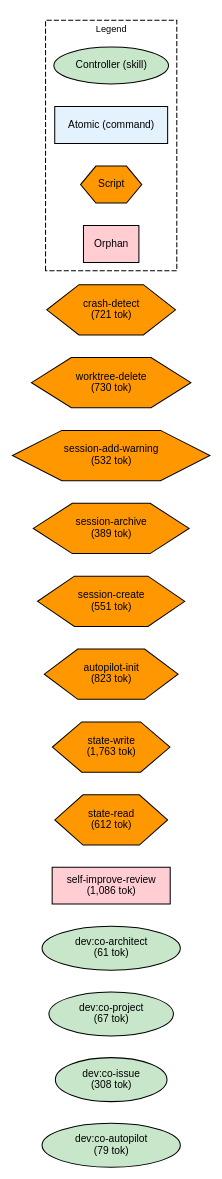
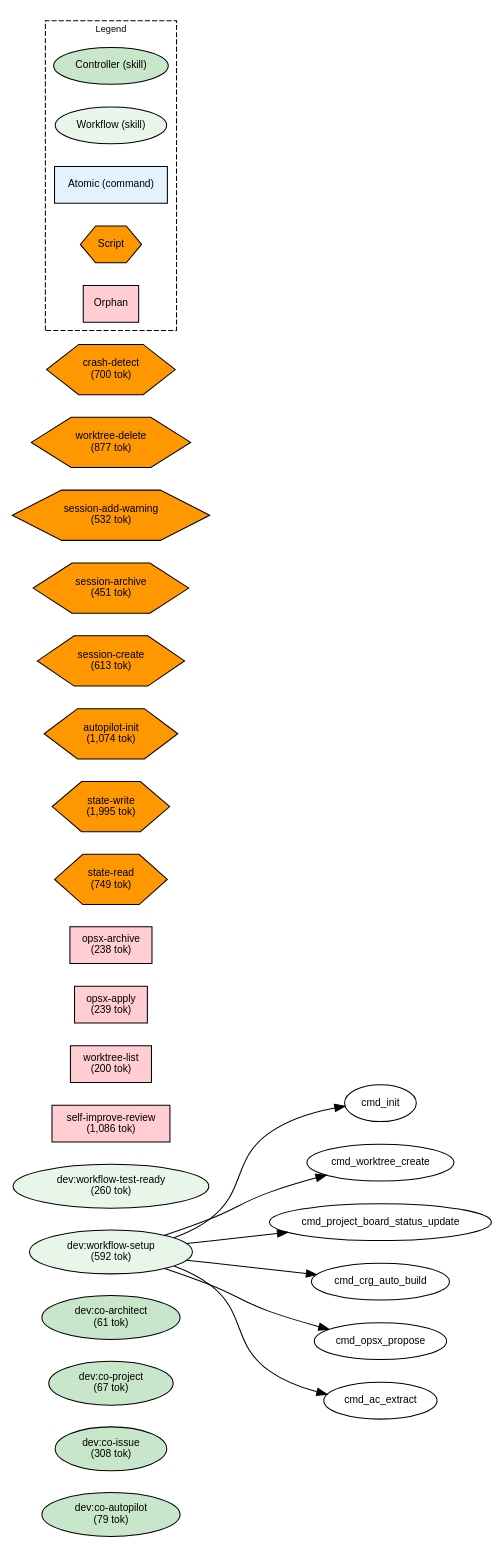
One commit to shuu5/twill changed the diagram in plugins/dev/docs/deps.dot. Above: the diagram before and after it, drawn with Graphviz. The commit also changed 30 other files, not shown here.

First line of the commit message:
feat: B-4 workflow-setup chain-driven再構築 (#26)

```diff
--- a/plugins/dev/docs/deps.dot
+++ b/plugins/dev/docs/deps.dot
@@ -1,58 +1,71 @@
 digraph Dependencies {
     // Graph settings
     rankdir=LR;
     ranksep=0.8;
     nodesep=0.3;
     fontname="Helvetica";
     node [fontname="Helvetica", fontsize=10];
     edge [fontname="Helvetica", fontsize=9];
 
     // L0: Controller Skills
     skill_co_autopilot [label="dev:co-autopilot\n(79 tok)", shape=ellipse, style=filled, fillcolor="#c8e6c9"];
     skill_co_issue [label="dev:co-issue\n(308 tok)", shape=ellipse, style=filled, fillcolor="#c8e6c9"];
     skill_co_project [label="dev:co-project\n(67 tok)", shape=ellipse, style=filled, fillcolor="#c8e6c9"];
     skill_co_architect [label="dev:co-architect\n(61 tok)", shape=ellipse, style=filled, fillcolor="#c8e6c9"];
 
     // L0: Launchers
 
     // L0.5: Workflow Skills
+    skill_workflow_setup [label="dev:workflow-setup\n(592 tok)", shape=ellipse, style=filled, fillcolor="#e8f5e9"];
+    skill_workflow_test_ready [label="dev:workflow-test-ready\n(260 tok)", shape=ellipse, style=filled, fillcolor="#e8f5e9"];
 
     // Reference Skills
 
     // L1: Direct Commands
 
     // L2: Sub Commands
     cmd_self_improve_review [label="self-improve-review\n(1,086 tok)", shape=box, style=filled, fillcolor="#ffcdd2"];
+    cmd_worktree_list [label="worktree-list\n(200 tok)", shape=box, style=filled, fillcolor="#ffcdd2"];
+    cmd_opsx_apply [label="opsx-apply\n(239 tok)", shape=box, style=filled, fillcolor="#ffcdd2"];
+    cmd_opsx_archive [label="opsx-archive\n(238 tok)", shape=box, style=filled, fillcolor="#ffcdd2"];
 
     // L3: Agents
 
     // L3.5: Scripts
-    script_state_read [label="state-read\n(612 tok)", shape=hexagon, style=filled, fillcolor="#FF9800"];
-    script_state_write [label="state-write\n(1,763 tok)", shape=hexagon, style=filled, fillcolor="#FF9800"];
-    script_autopilot_init [label="autopilot-init\n(823 tok)", shape=hexagon, style=filled, fillcolor="#FF9800"];
-    script_session_create [label="session-create\n(551 tok)", shape=hexagon, style=filled, fillcolor="#FF9800"];
-    script_session_archive [label="session-archive\n(389 tok)", shape=hexagon, style=filled, fillcolor="#FF9800"];
+    script_state_read [label="state-read\n(749 tok)", shape=hexagon, style=filled, fillcolor="#FF9800"];
+    script_state_write [label="state-write\n(1,995 tok)", shape=hexagon, style=filled, fillcolor="#FF9800"];
+    script_autopilot_init [label="autopilot-init\n(1,074 tok)", shape=hexagon, style=filled, fillcolor="#FF9800"];
+    script_session_create [label="session-create\n(613 tok)", shape=hexagon, style=filled, fillcolor="#FF9800"];
+    script_session_archive [label="session-archive\n(451 tok)", shape=hexagon, style=filled, fillcolor="#FF9800"];
     script_session_add_warning [label="session-add-warning\n(532 tok)", shape=hexagon, style=filled, fillcolor="#FF9800"];
-    script_worktree_delete [label="worktree-delete\n(730 tok)", shape=hexagon, style=filled, fillcolor="#FF9800"];
-    script_crash_detect [label="crash-detect\n(721 tok)", shape=hexagon, style=filled, fillcolor="#FF9800"];
+    script_worktree_delete [label="worktree-delete\n(877 tok)", shape=hexagon, style=filled, fillcolor="#FF9800"];
+    script_crash_detect [label="crash-detect\n(700 tok)", shape=hexagon, style=filled, fillcolor="#FF9800"];
 
     // L4: External
 
     // Layer constraints
     { rank=same; skill_co_autopilot; skill_co_issue; skill_co_project; skill_co_architect; }
-    { rank=same; cmd_self_improve_review; }
+    { rank=same; skill_workflow_setup; skill_workflow_test_ready; }
+    { rank=same; cmd_self_improve_review; cmd_worktree_list; cmd_opsx_apply; cmd_opsx_archive; }
     { rank=same; script_state_read; script_state_write; script_autopilot_init; script_session_create; script_session_archive; script_session_add_warning; script_worktree_delete; script_crash_detect; }
 
     // Edges
+    skill_workflow_setup -> cmd_init;
+    skill_workflow_setup -> cmd_worktree_create;
+    skill_workflow_setup -> cmd_project_board_status_update;
+    skill_workflow_setup -> cmd_crg_auto_build;
+    skill_workflow_setup -> cmd_opsx_propose;
+    skill_workflow_setup -> cmd_ac_extract;
 
     // Legend
     subgraph cluster_legend {
         label="Legend";
         fontsize=9;
         style=dashed;
         legend_controller [label="Controller (skill)", shape=ellipse, style=filled, fillcolor="#c8e6c9"];
+        legend_workflow [label="Workflow (skill)", shape=ellipse, style=filled, fillcolor="#e8f5e9"];
         legend_atomic [label="Atomic (command)", shape=box, style=filled, fillcolor="#e3f2fd"];
         legend_script [label="Script", shape=hexagon, style=filled, fillcolor="#FF9800"];
         legend_orphan [label="Orphan", shape=box, style=filled, fillcolor="#ffcdd2"];
     }
 }
```
